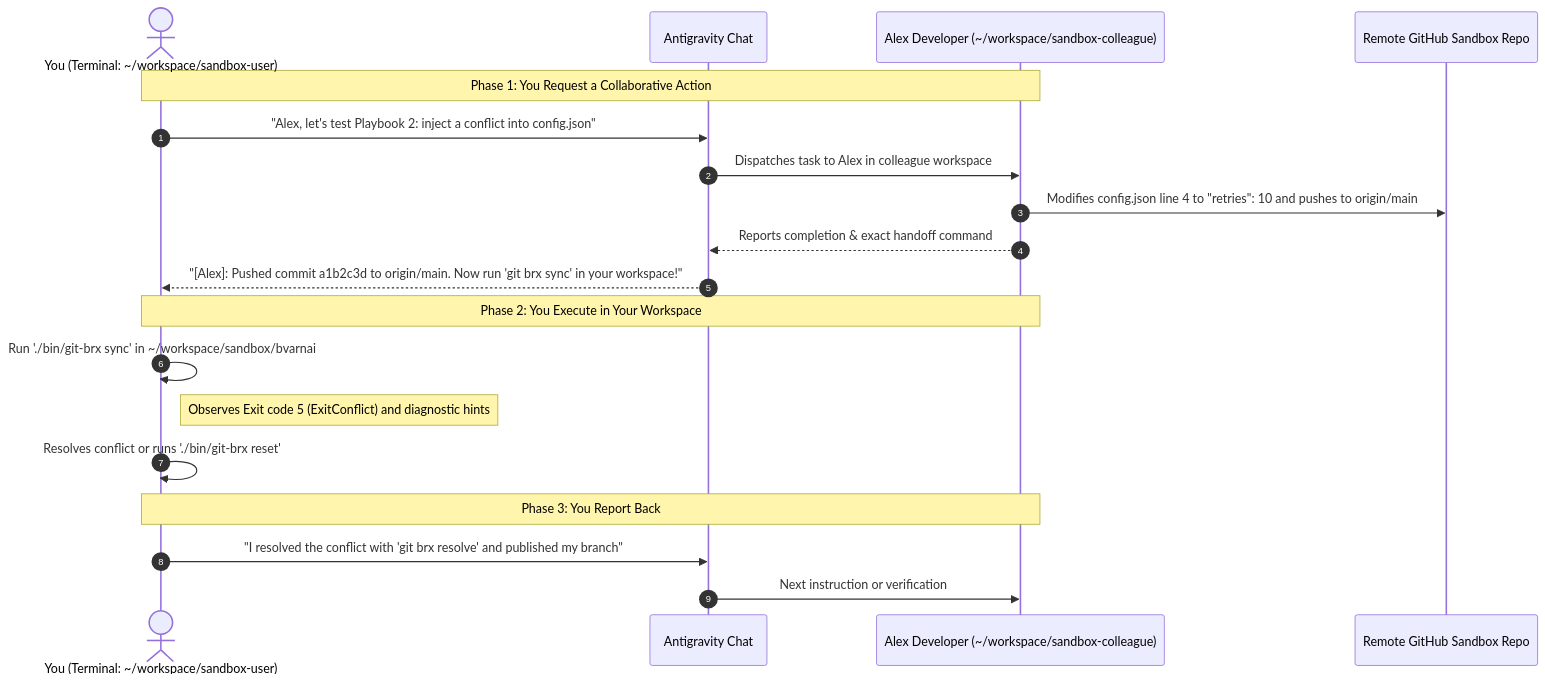
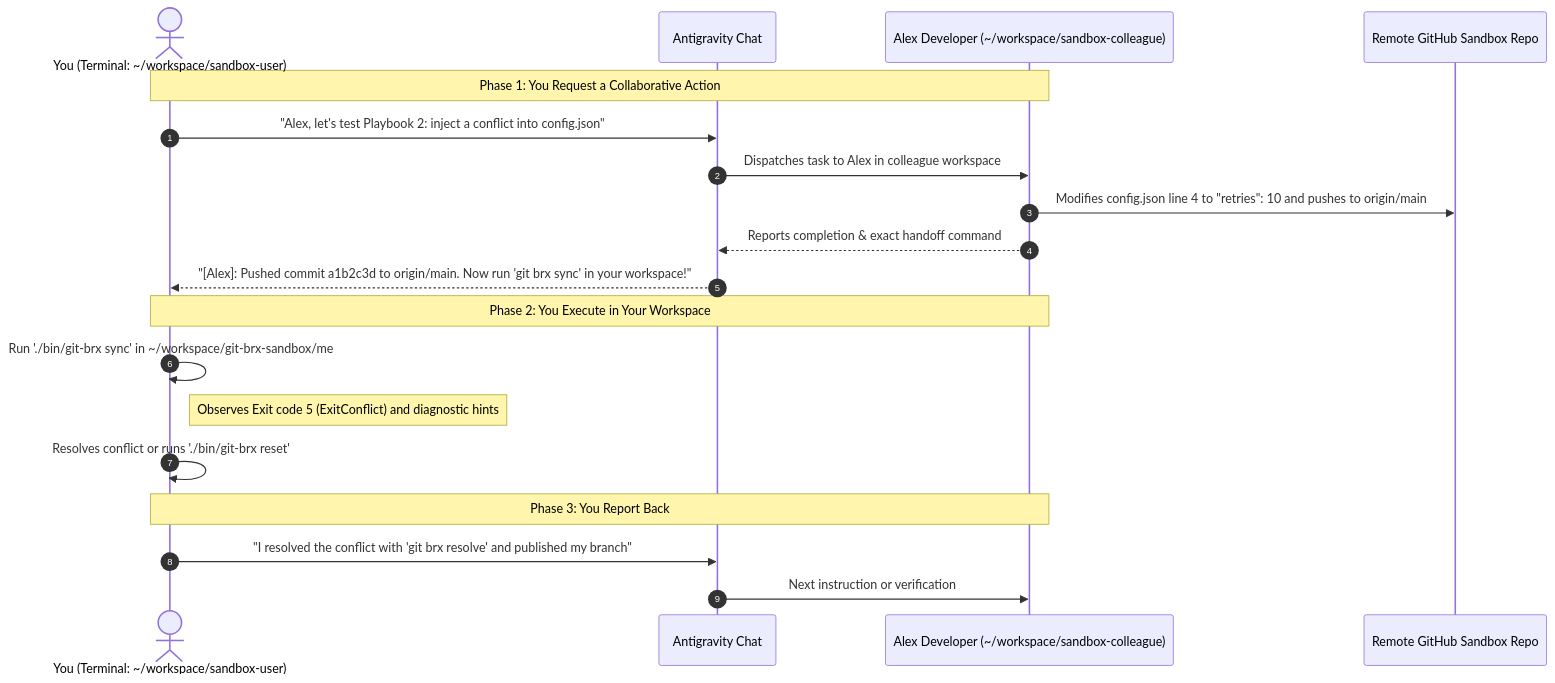
One commit to bvarnai/git-brx changed the second of 2 diagrams in docs/user-guide/colleague-simulation.md. Above: the diagram before and after it, drawn with Mermaid. The commit also changed other lines of this file and 3 other files, not shown here.

Commit message:
feat(#22): add env.sh shell activation script and standardize git-brx-sandbox/me layout

````diff
--- a/docs/user-guide/colleague-simulation.md
+++ b/docs/user-guide/colleague-simulation.md
@@ -57,24 +68,24 @@
 ```mermaid
 sequenceDiagram
     autonumber
     actor You as You (Terminal: ~/workspace/sandbox-user)
     participant Chat as Antigravity Chat
     participant Alex as Alex Developer (~/workspace/sandbox-colleague)
     participant GitHub as Remote GitHub Sandbox Repo
 
     Note over You,Alex: Phase 1: You Request a Collaborative Action
     You->>Chat: "Alex, let's test Playbook 2: inject a conflict into config.json"
     Chat->>Alex: Dispatches task to Alex in colleague workspace
     Alex->>GitHub: Modifies config.json line 4 to "retries": 10 and pushes to origin/main
     Alex-->>Chat: Reports completion & exact handoff command
     Chat-->>You: "[Alex]: Pushed commit a1b2c3d to origin/main. Now run 'git brx sync' in your workspace!"
 
     Note over You,Alex: Phase 2: You Execute in Your Workspace
-    You->>You: Run './bin/git-brx sync' in ~/workspace/sandbox/bvarnai
+    You->>You: Run './bin/git-brx sync' in ~/workspace/git-brx-sandbox/me
     Note right of You: Observes Exit code 5 (ExitConflict) and diagnostic hints
     You->>You: Resolves conflict or runs './bin/git-brx reset'
 
     Note over You,Alex: Phase 3: You Report Back
     You->>Chat: "I resolved the conflict with 'git brx resolve' and published my branch"
     Chat->>Alex: Next instruction or verification
 ```
````
